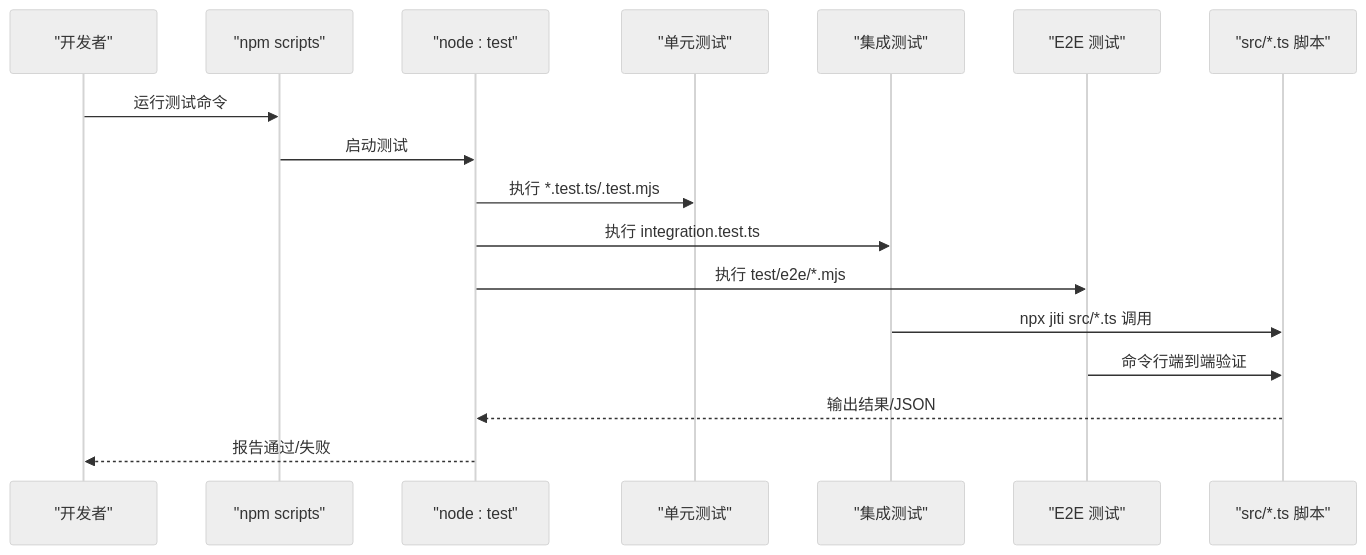
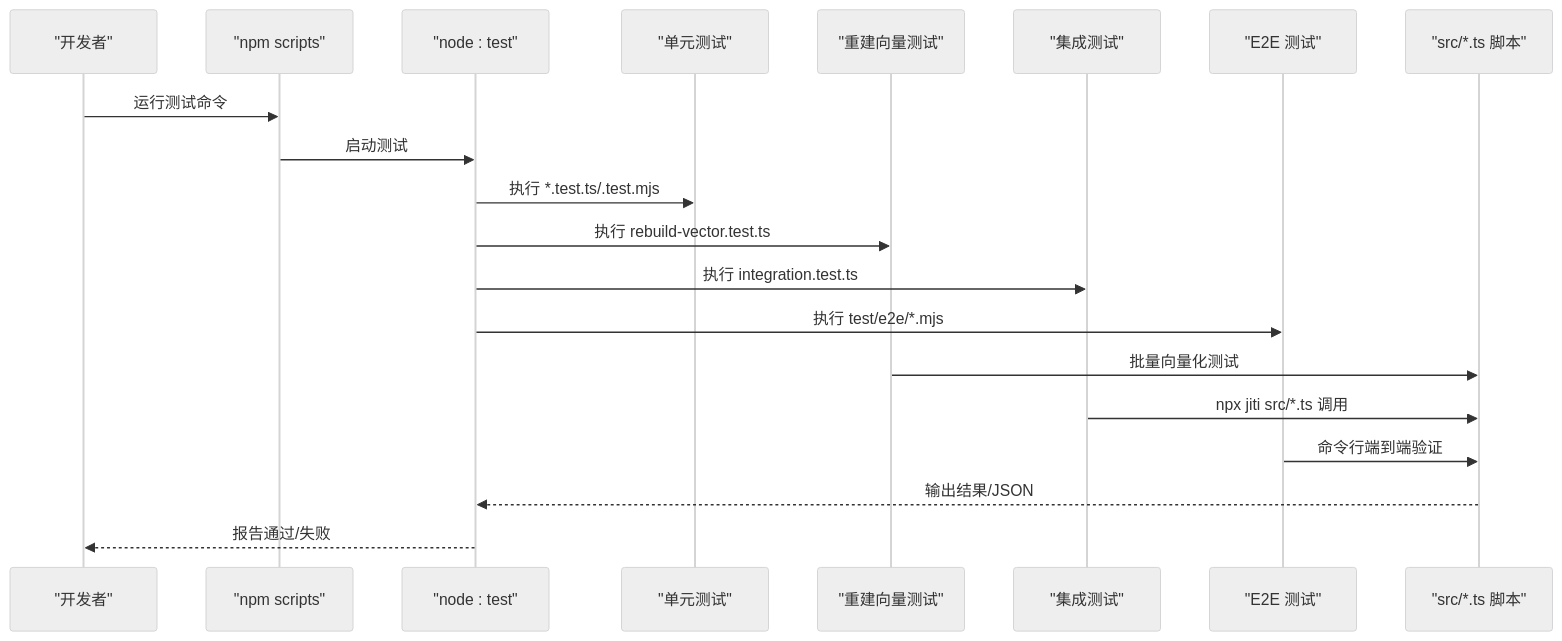
One commit to HACK-WU/kisearch changed the second of 5 diagrams in .qoder/repowiki/zh/content/开发指南/测试指南/测试指南.md. Above: the diagram before and after it, drawn with Mermaid (neutral theme). The commit also changed other lines of this file and 129 other files, not shown here.

````diff
--- a/.qoder/repowiki/zh/content/开发指南/测试指南/测试指南.md
+++ b/.qoder/repowiki/zh/content/开发指南/测试指南/测试指南.md
@@ -83,19 +102,22 @@
 ```mermaid
 sequenceDiagram
 participant Dev as "开发者"
 participant NPM as "npm scripts"
 participant Runner as "node : test"
 participant UT as "单元测试"
+participant RV as "重建向量测试"
 participant IT as "集成测试"
 participant E2E as "E2E 测试"
 participant CLI as "src/*.ts 脚本"
 Dev->>NPM : 运行测试命令
 NPM->>Runner : 启动测试
 Runner->>UT : 执行 *.test.ts/.test.mjs
+Runner->>RV : 执行 rebuild-vector.test.ts
 Runner->>IT : 执行 integration.test.ts
 Runner->>E2E : 执行 test/e2e/*.mjs
+RV->>CLI : 批量向量化测试
 IT->>CLI : npx jiti src/*.ts 调用
 E2E->>CLI : 命令行端到端验证
 CLI-->>Runner : 输出结果/JSON
 Runner-->>Dev : 报告通过/失败
 ```
````
